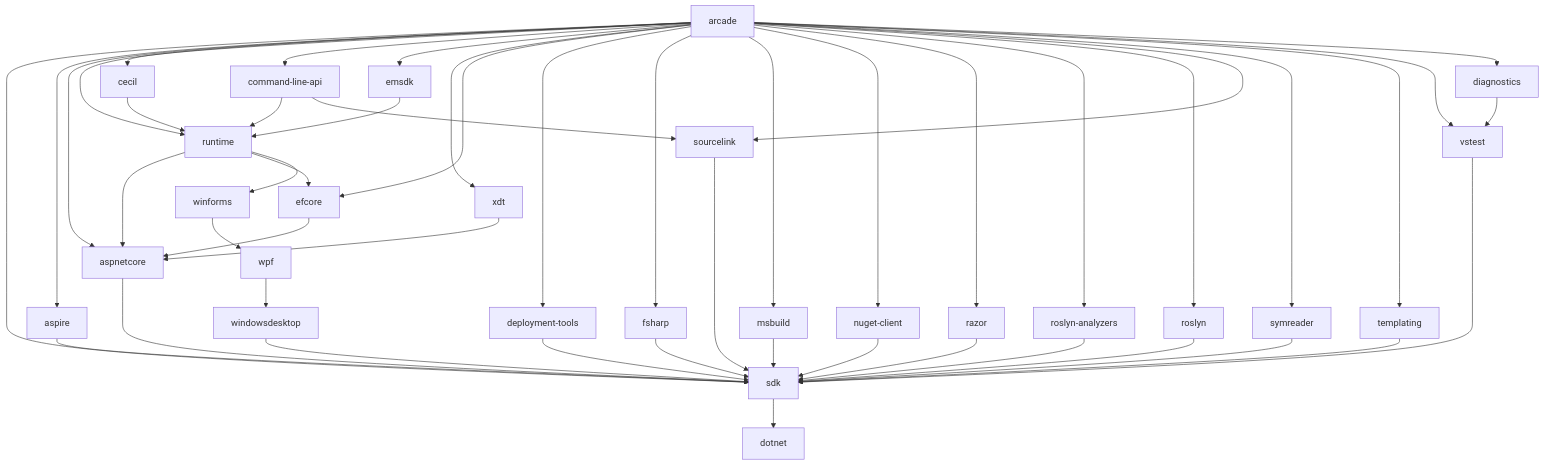
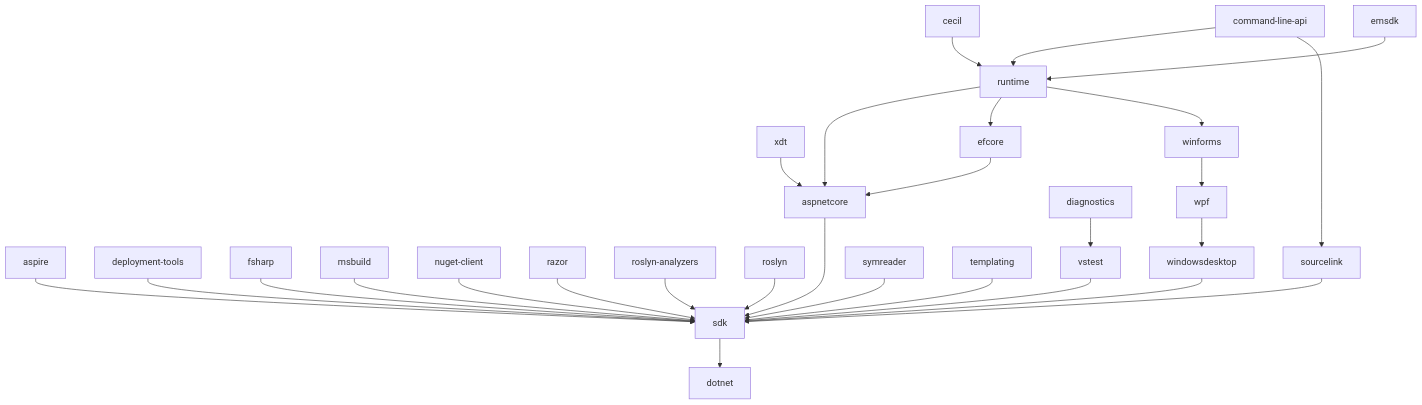
Before and after one commit to dotnet/arcade: the first of 2 diagrams in Documentation/UnifiedBuild/Flat flow migration guide.md, drawn with Mermaid. The commit also changed other lines of this file, not shown here.

Commit message:
Remove arcade from the graph

````diff
--- a/Documentation/UnifiedBuild/Flat flow migration guide.md
+++ b/Documentation/UnifiedBuild/Flat flow migration guide.md
@@ -28,51 +28,30 @@
 ```mermaid
 graph TD
     sdk --> dotnet
-    arcade --> sdk
     aspire --> sdk
-    arcade --> aspire
     aspnetcore --> sdk
-    arcade --> aspnetcore
     runtime --> aspnetcore
-    arcade --> runtime
     cecil --> runtime
-    arcade --> cecil
     command-line-api --> runtime
-    arcade --> command-line-api
     emsdk --> runtime
-    arcade --> emsdk
     xdt --> aspnetcore
-    arcade --> xdt
     efcore --> aspnetcore
-    arcade --> efcore
     runtime --> efcore
     runtime --> winforms
     deployment-tools --> sdk
-    arcade --> deployment-tools
     fsharp --> sdk
-    arcade --> fsharp
     msbuild --> sdk
-    arcade --> msbuild
     nuget-client --> sdk
-    arcade --> nuget-client
     razor --> sdk
-    arcade --> razor
     roslyn-analyzers --> sdk
-    arcade --> roslyn-analyzers
     roslyn --> sdk
-    arcade --> roslyn
     sourcelink --> sdk
-    arcade --> sourcelink
     command-line-api --> sourcelink
     symreader --> sdk
-    arcade --> symreader
     templating --> sdk
-    arcade --> templating
     vstest --> sdk
-    arcade --> vstest
     diagnostics --> vstest
-    arcade --> diagnostics
     windowsdesktop --> sdk
     wpf --> windowsdesktop
     winforms --> wpf
 ```
````
